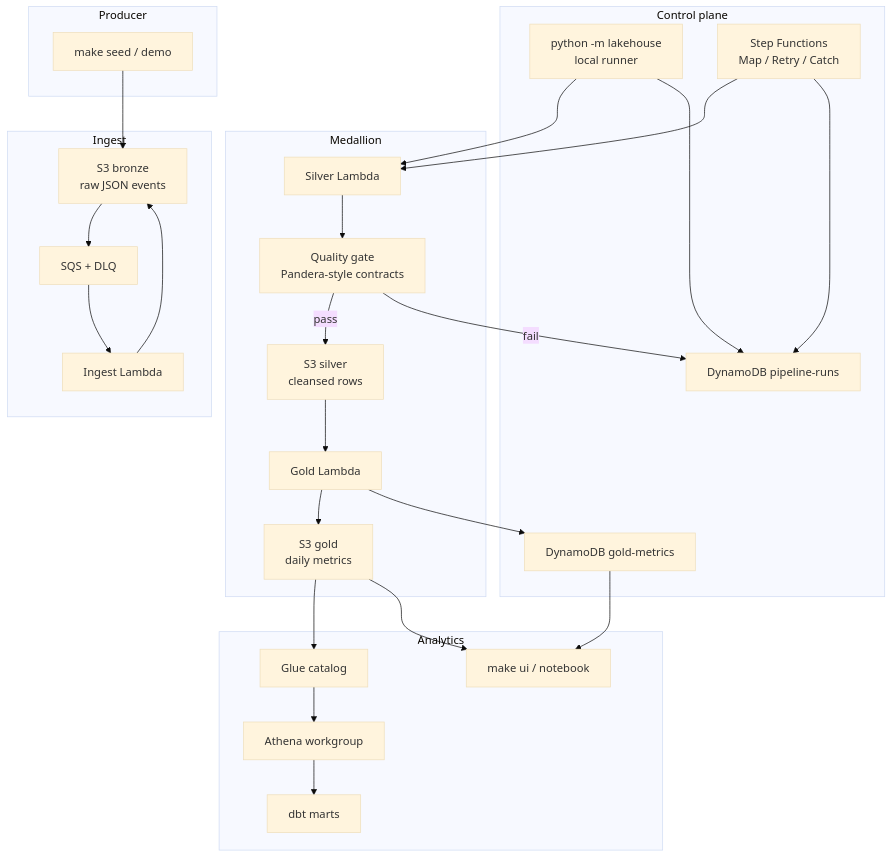
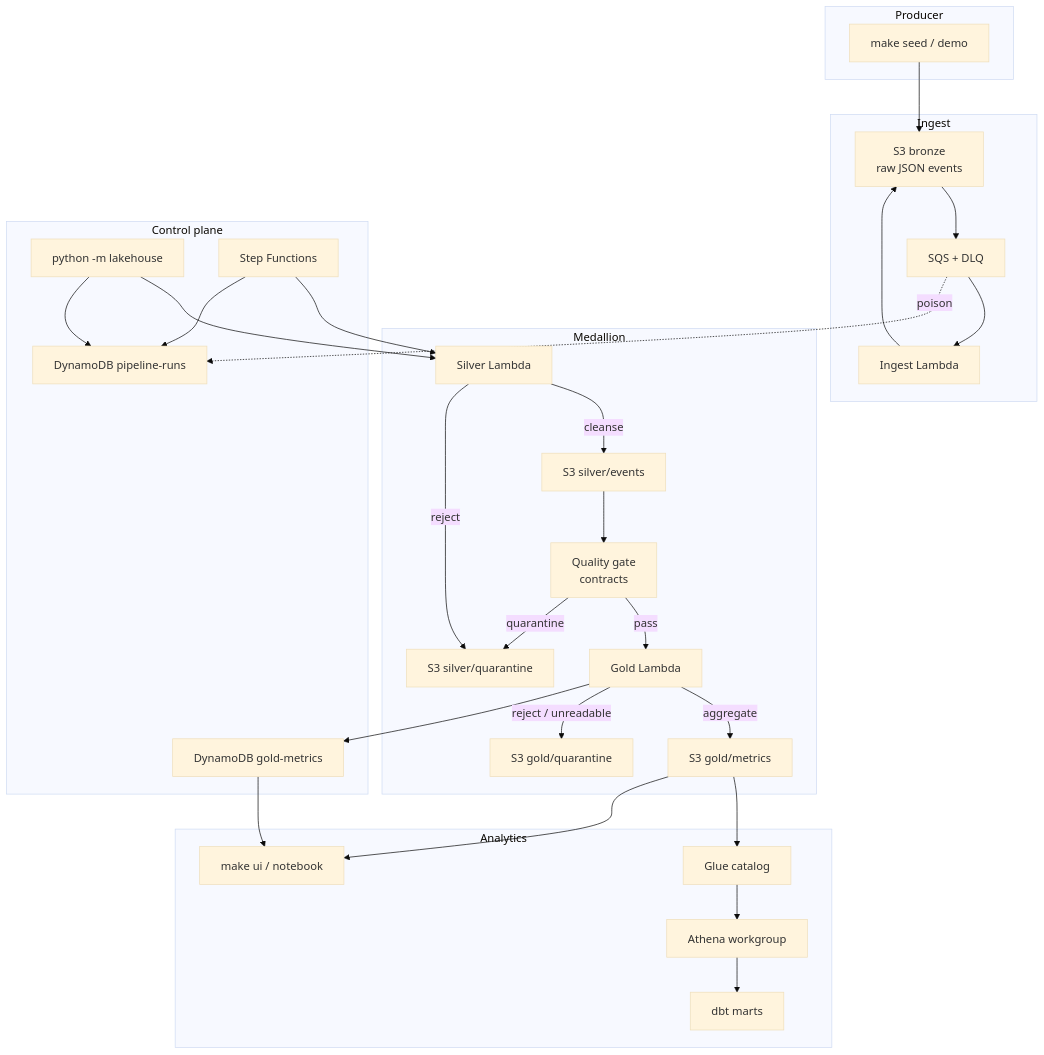
One commit to nuwanda94/data-lakehouse-ministack changed the diagram in README.md. Above: the diagram before and after it, drawn with Mermaid (base theme). The commit also changed other lines of this file, not shown here.

Commit message:
docs: principal-engineer README refresh (status, data model, failure modes, diagram)

````diff
--- a/README.md
+++ b/README.md
@@ -37,49 +76,56 @@
 ```mermaid
 flowchart TB
   subgraph producer ["Producer"]
     Seed["make seed / demo"]
   end
 
   subgraph ingest ["Ingest"]
     Bronze["S3 bronze<br/>raw JSON events"]
     SQS["SQS + DLQ"]
     IngestL["Ingest Lambda"]
   end
 
   subgraph medallion ["Medallion"]
     SilverL["Silver Lambda"]
-    Gate["Quality gate<br/>Pandera-style contracts"]
+    Gate["Quality gate<br/>contracts"]
     GoldL["Gold Lambda"]
-    Silver["S3 silver<br/>cleansed rows"]
-    Gold["S3 gold<br/>daily metrics"]
+    Silver["S3 silver/events"]
+    Sq["S3 silver/quarantine"]
+    Gold["S3 gold/metrics"]
+    Gq["S3 gold/quarantine"]
   end
 
   subgraph control ["Control plane"]
-    Runner["python -m lakehouse<br/>local runner"]
-    SFN["Step Functions<br/>Map / Retry / Catch"]
+    Runner["python -m lakehouse"]
+    SFN["Step Functions"]
     Runs["DynamoDB pipeline-runs"]
     MetricsT["DynamoDB gold-metrics"]
   end
 
   subgraph analytics ["Analytics"]
     Glue["Glue catalog"]
     Athena["Athena workgroup"]
     Dbt["dbt marts"]
     UI["make ui / notebook"]
   end
 
   Seed --> Bronze
-  Bronze --> SQS --> IngestL --> Bronze
+  Bronze --> SQS --> IngestL
+  IngestL --> Bronze
+  SQS -.->|poison| Runs
   Runner --> SilverL
   SFN --> SilverL
-  SilverL --> Gate
-  Gate -->|pass| Silver
-  Gate -->|fail| Runs
-  Silver --> GoldL --> Gold
+  SilverL -->|cleanse| Silver
+  SilverL -->|reject| Sq
+  Silver --> Gate
+  Gate -->|pass| GoldL
+  Gate -->|quarantine| Sq
+  GoldL -->|aggregate| Gold
+  GoldL -->|reject / unreadable| Gq
   GoldL --> MetricsT
   Runner --> Runs
   SFN --> Runs
   Gold --> Glue --> Athena --> Dbt
   Gold --> UI
   MetricsT --> UI
 ```
````
